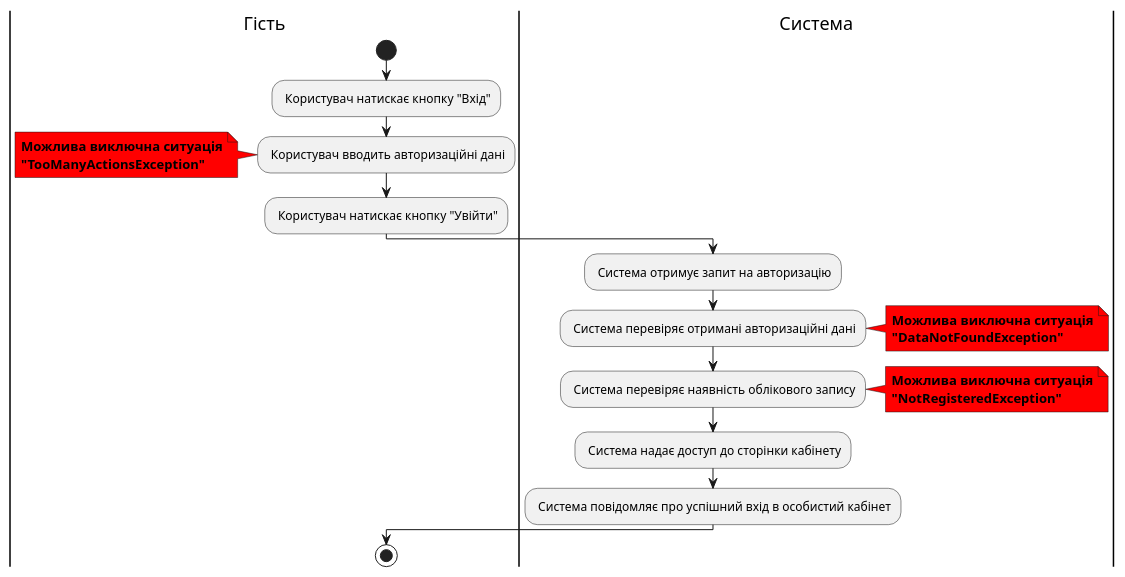
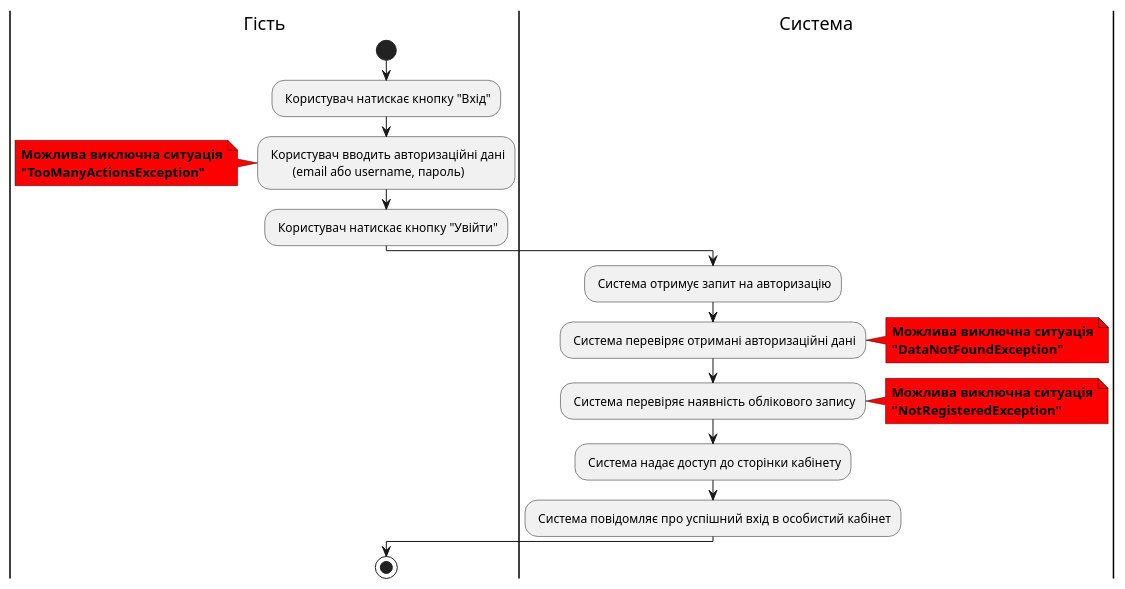
The sixth of 11 diagrams in docs/use cases/README.md (thebaldehit/db-labs), drawn with PlantUML before and after one commit. The commit also changed other lines of this file, not shown here.

```diff
--- a/docs/use cases/README.md
+++ b/docs/use cases/README.md
@@ -221,33 +222,34 @@
 @startuml
 
 |Гість|
 start
 : Користувач натискає кнопку "Вхід";
-: Користувач вводить авторизаційні дані;
+: Користувач вводить авторизаційні дані
+        (email або username, пароль);
 
 note left #red
 <b>Можлива виключна ситуація</b>
 <b>"TooManyActionsException"</b>
 end note
 
 : Користувач натискає кнопку "Увійти";
 
 |Система|
 : Система отримує запит на авторизацію;
 : Система перевіряє отримані авторизаційні дані;
 note right #ff0000
 <b>Можлива виключна ситуація</b>
 <b>"DataNotFoundException"</b>
 end note
 : Система перевіряє наявність облікового запису;
 note right #ff0000
 <b>Можлива виключна ситуація</b>
 <b>"NotRegisteredException"</b>
 end note
 : Система надає доступ до сторінки кабінету;
 : Система повідомляє про успішний вхід в особистий кабінет;
 
 |Гість|
 stop
 
 @enduml
```
